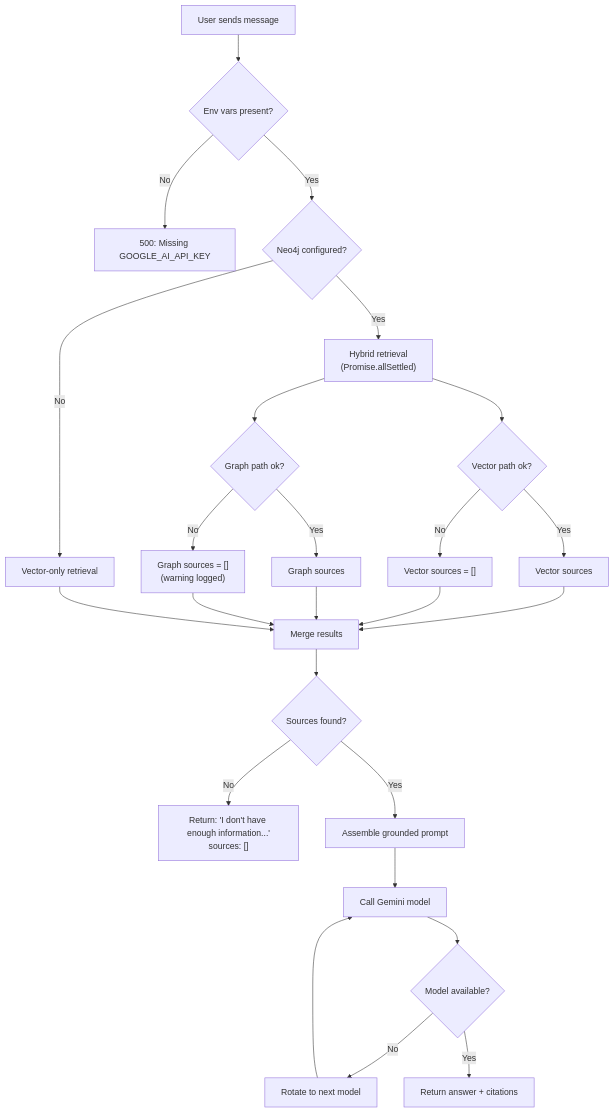
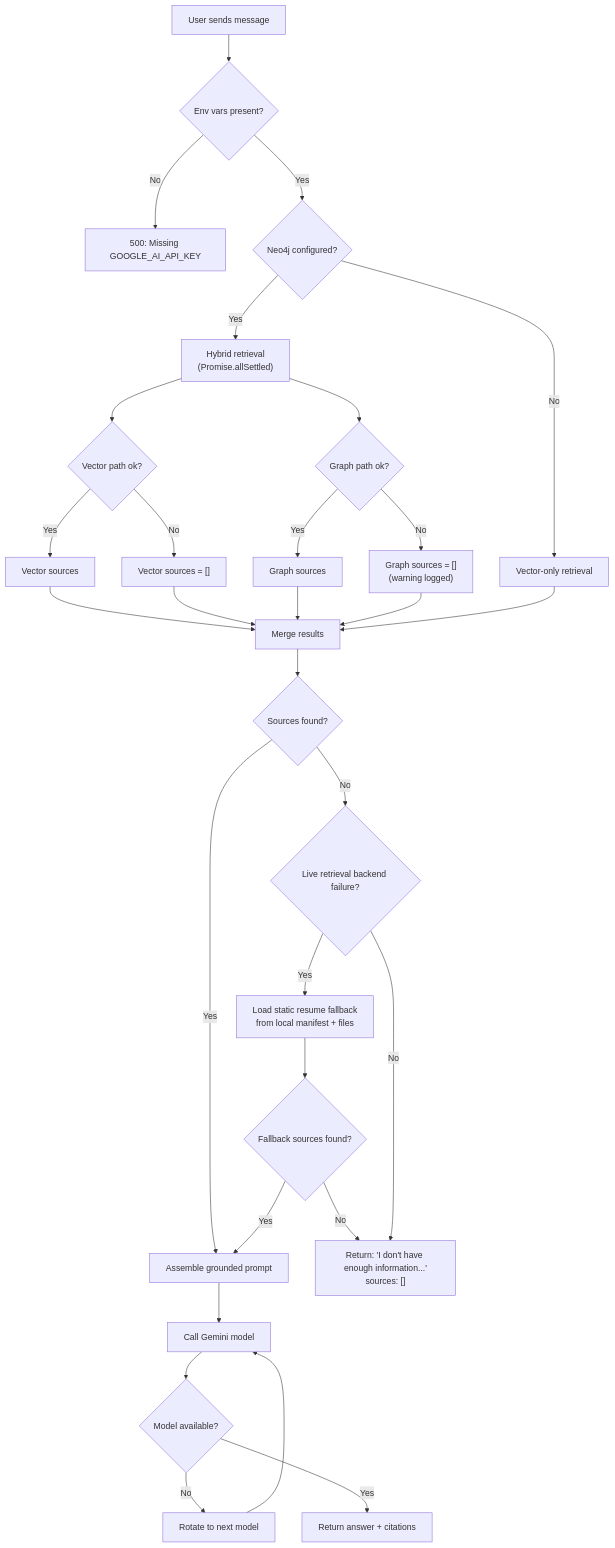
One commit to hoangsonww/AI-RAG-Assistant-Chatbot changed diagram 11 of 11 in RAG.md. Above: the diagram before and after it, drawn with Mermaid. The commit also changed other lines of this file and 5 other files, not shown here.

Commit message:
feat(rag): enhance hybrid retrieval with static resume fallback for backend failures

````diff
--- a/RAG.md
+++ b/RAG.md
@@ -1001,32 +1001,37 @@
 ```mermaid
 flowchart TD
   A["User sends message"] --> B{Env vars present?}
   B -- No --> ERR1["500: Missing GOOGLE_AI_API_KEY"]
   B -- Yes --> N{Neo4j configured?}
   N -- Yes --> HYB["Hybrid retrieval<br/>(Promise.allSettled)"]
   N -- No --> VEC["Vector-only retrieval"]
 
   HYB --> VRES{Vector path ok?}
   VRES -- Yes --> VSRC["Vector sources"]
   VRES -- No --> VSRC_EMPTY["Vector sources = []"]
 
   HYB --> GRES{Graph path ok?}
   GRES -- Yes --> GSRC["Graph sources"]
   GRES -- No --> GSRC_EMPTY["Graph sources = []<br/>(warning logged)"]
 
   VSRC --> MERGE["Merge results"]
   VSRC_EMPTY --> MERGE
   GSRC --> MERGE
   GSRC_EMPTY --> MERGE
 
   VEC --> MERGE
 
   MERGE --> D{Sources found?}
-  D -- No --> FALL["Return: 'I don't have enough information...'<br/>sources: []"]
   D -- Yes --> E["Assemble grounded prompt"]
+  D -- No --> RET{Live retrieval backend failure?}
+  RET -- Yes --> SF["Load static resume fallback<br/>from local manifest + files"]
+  SF --> SFCHK{Fallback sources found?}
+  SFCHK -- Yes --> E
+  SFCHK -- No --> FALL["Return: 'I don't have enough information...'<br/>sources: []"]
+  RET -- No --> FALL
   E --> F["Call Gemini model"]
   F --> G{Model available?}
   G -- No --> H["Rotate to next model"]
   H --> F
   G -- Yes --> I["Return answer + citations"]
 ```
````
